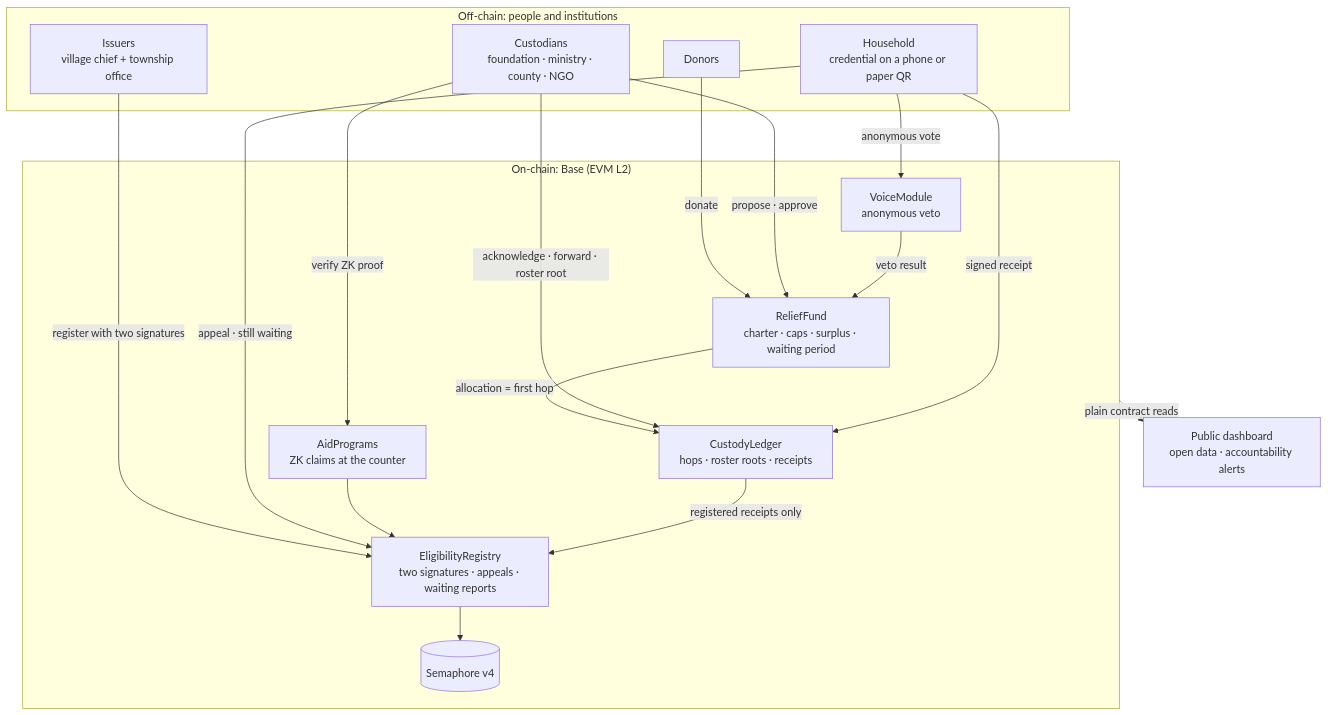
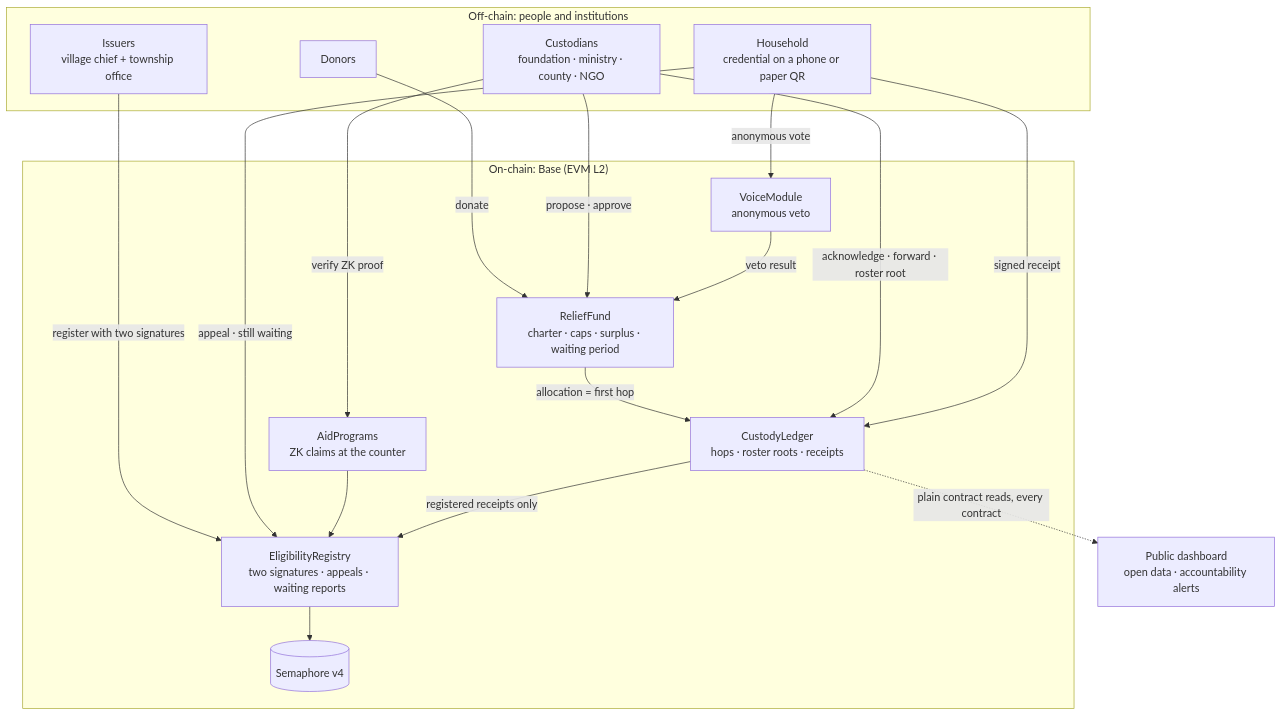
One commit to ZhenYan1214/kept changed the first of 2 diagrams in README.md. Above: the diagram before and after it, drawn with Mermaid.

Commit message:
Fix architecture diagram for GitHub's Mermaid renderer

````diff
--- a/README.md
+++ b/README.md
@@ -104,35 +104,35 @@
 ```mermaid
 flowchart TB
   subgraph PEOPLE["Off-chain: people and institutions"]
     D["Donors"]
     C["Custodians<br/>foundation · ministry · county · NGO"]
     I["Issuers<br/>village chief + township office"]
     H["Household<br/>credential on a phone or paper QR"]
   end
 
   subgraph CHAIN["On-chain: Base (EVM L2)"]
     RF["ReliefFund<br/>charter · caps · surplus · waiting period"]
     CL["CustodyLedger<br/>hops · roster roots · receipts"]
     VM["VoiceModule<br/>anonymous veto"]
     ER["EligibilityRegistry<br/>two signatures · appeals · waiting reports"]
     AP["AidPrograms<br/>ZK claims at the counter"]
     S[("Semaphore v4")]
   end
 
   DB["Public dashboard<br/>open data · accountability alerts"]
 
   D -->|donate| RF
   C -->|"propose · approve"| RF
   RF -->|"allocation = first hop"| CL
   C -->|"acknowledge · forward · roster root"| CL
   C -->|"verify ZK proof"| AP
   I -->|"register with two signatures"| ER
   H -->|"signed receipt"| CL
   H -->|"anonymous vote"| VM
   H -->|"appeal · still waiting"| ER
   VM -->|"veto result"| RF
   AP --> ER
   CL -->|"registered receipts only"| ER
   ER --> S
-  CHAIN -.->|"plain contract reads"| DB
+  CL -.->|"plain contract reads, every contract"| DB
 ```
````
